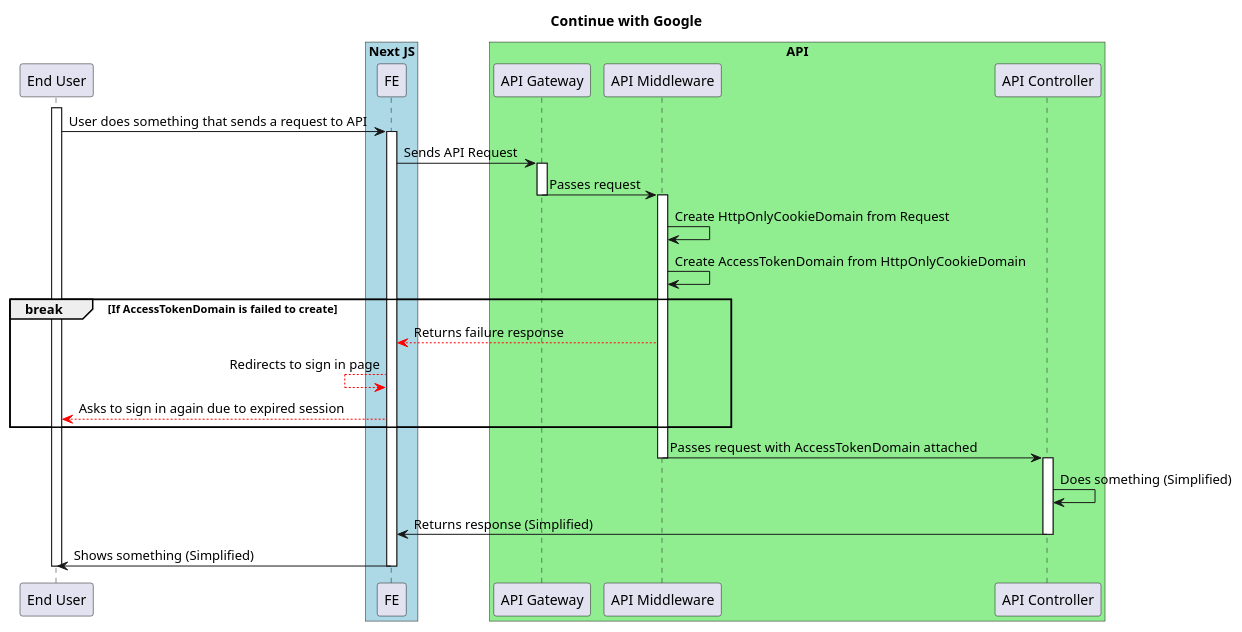
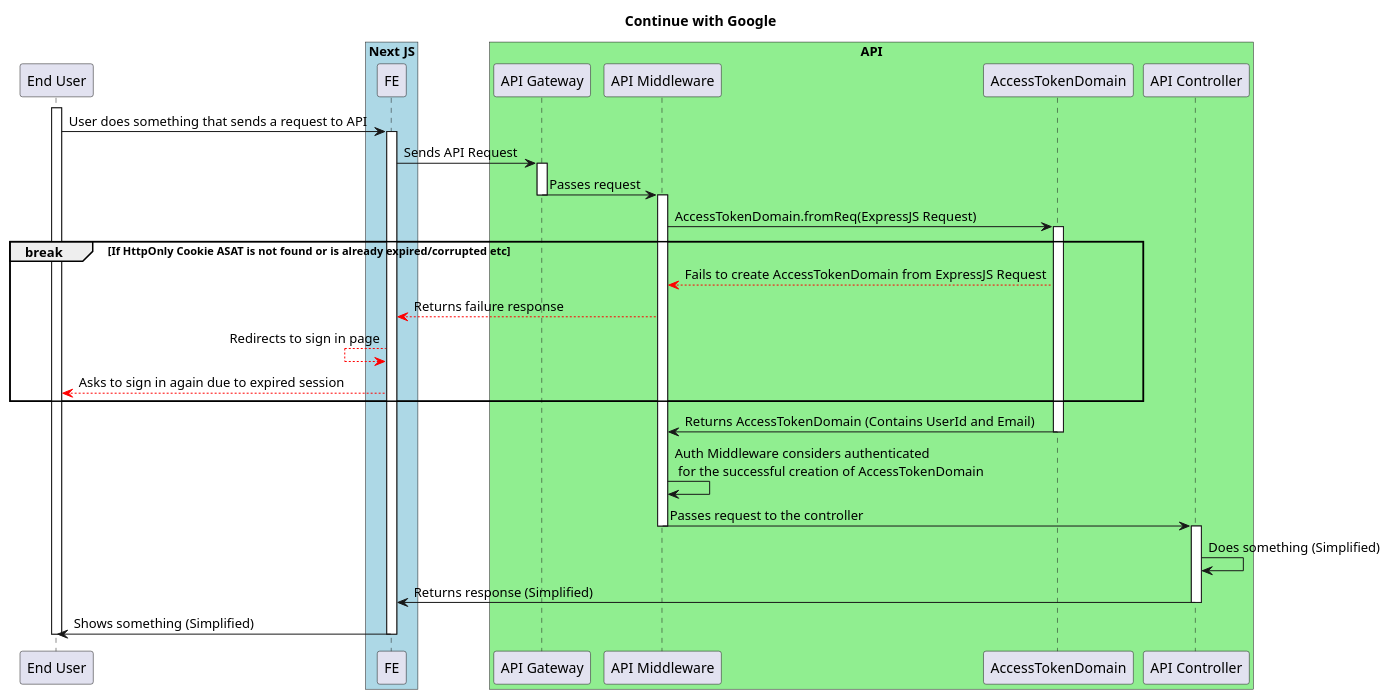
One commit to ajktown/docs changed the diagram in auth/after-sign-in-auth-flow.md. Above: the diagram before and after it, drawn with PlantUML.

Commit message:
fix: doc based on the change

````diff
--- a/auth/after-sign-in-auth-flow.md
+++ b/auth/after-sign-in-auth-flow.md
@@ -14,43 +14,48 @@
 ```plantuml
 
 @startuml
 
 title Continue with Google
 
 participant "End User" as user
 box "Next JS" #Lightblue
   participant "FE" as fe
 box
 box "API" #Lightgreen
   participant "API Gateway" as api
   participant "API Middleware" as mdl
+  participant "AccessTokenDomain" as atd
   participant "API Controller" as ctl
 box
 activate user
   user -> fe: User does something that sends a request to API
   activate fe
     fe -> api: Sends API Request
     activate api
       api -> mdl: Passes request
     deactivate api
     activate mdl
-      mdl -> mdl: Create HttpOnlyCookieDomain from Request
-      mdl -> mdl: Create AccessTokenDomain from HttpOnlyCookieDomain
-      break If AccessTokenDomain is failed to create
-        fe <[#red]-- mdl : Returns failure response
-        fe <[#red]-- fe : Redirects to sign in page
-        user <[#red]-- fe: Asks to sign in again due to expired session
-      end break
-      mdl -> ctl: Passes request with AccessTokenDomain attached
+      mdl -> atd: AccessTokenDomain.fromReq(ExpressJS Request)
+      activate atd
+        break If HttpOnly Cookie ASAT is not found or is already expired/corrupted etc
+          mdl <[#red]-- atd : Fails to create AccessTokenDomain from ExpressJS Request
+          fe <[#red]-- mdl : Returns failure response
+          fe <[#red]-- fe : Redirects to sign in page
+          user <[#red]-- fe: Asks to sign in again due to expired session
+        end break
+        mdl <- atd: Returns AccessTokenDomain (Contains UserId and Email)
+      deactivate atd
+      mdl -> mdl: Auth Middleware considers authenticated \n for the successful creation of AccessTokenDomain
+      mdl -> ctl: Passes request to the controller
     deactivate mdl
     activate ctl
       ctl -> ctl: Does something (Simplified)
       fe <- ctl: Returns response (Simplified)
     deactivate ctl
     deactivate mdl
   user <- fe: Shows something (Simplified)
   deactivate fe
 deactivate user
 
 
 ```
````
